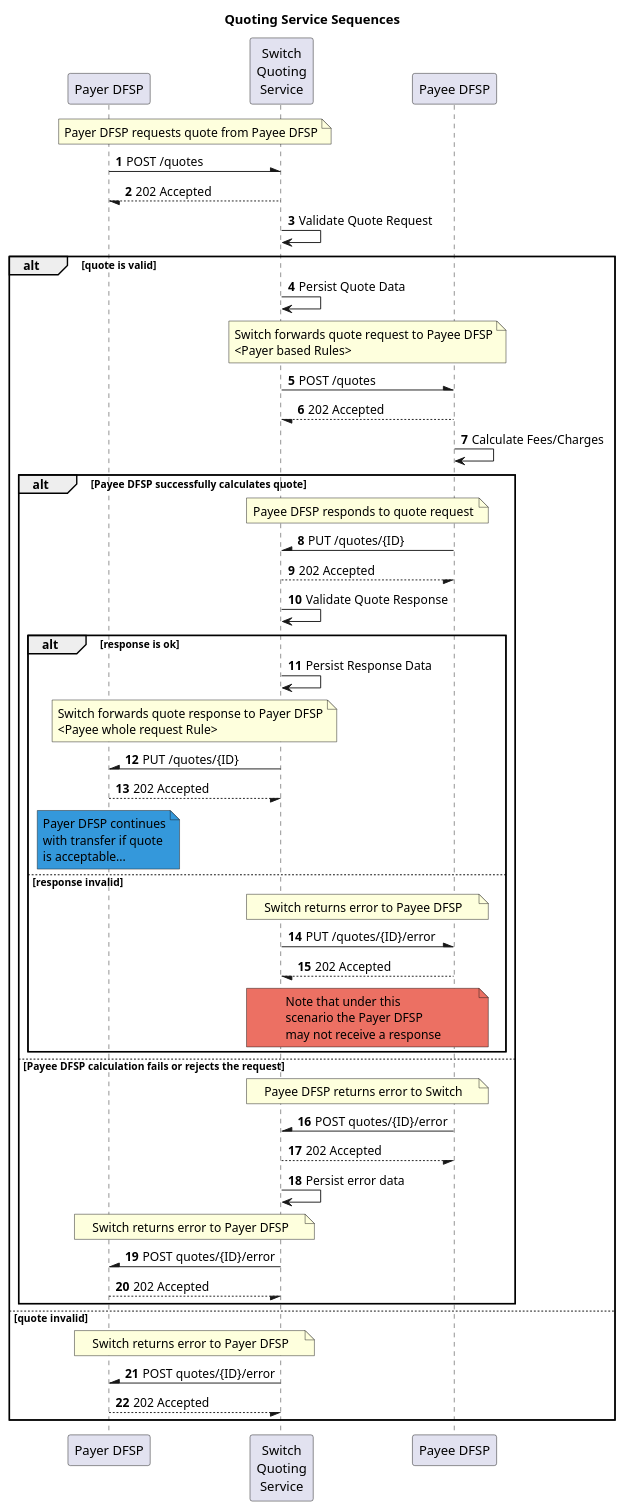
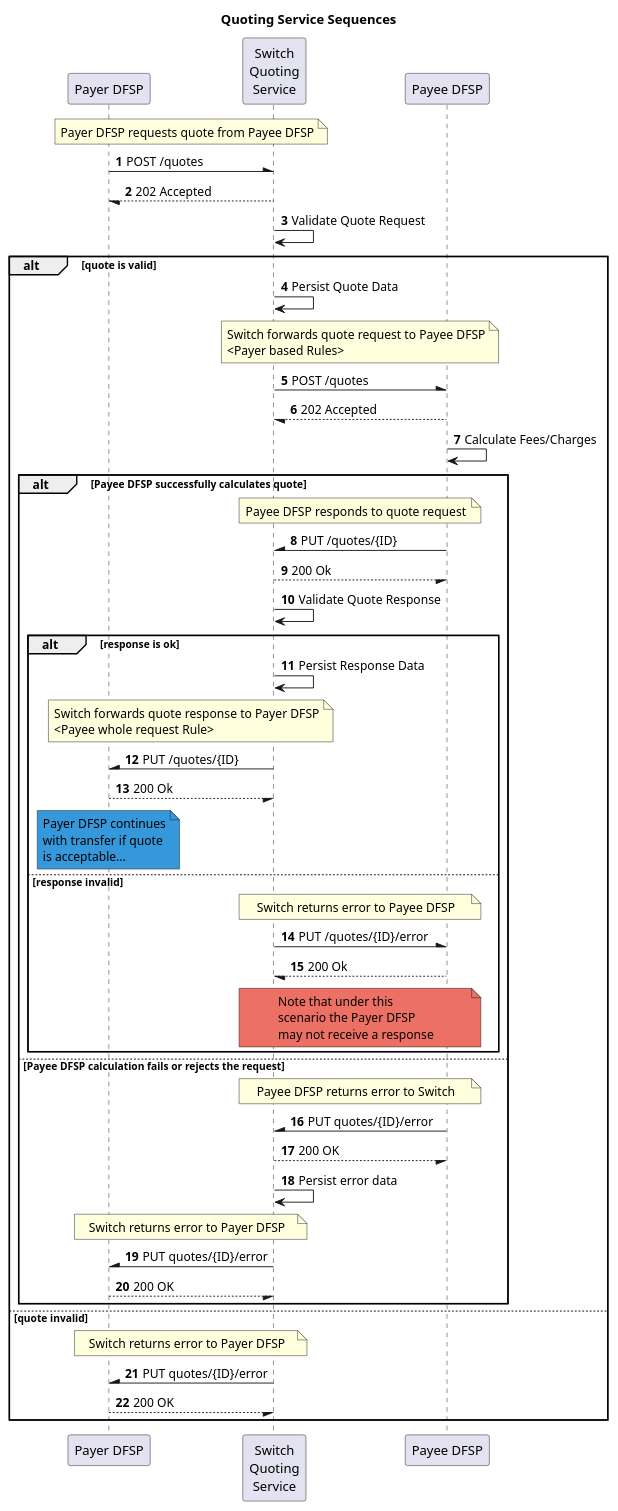
Before and after one commit to mojaloop/documentation: the diagram in mojaloop-technical-overview/quoting-service/assets/diagrams/sequence/seq-quotes-1.0.0.plantuml, drawn with PlantUML. The commit also changed 318 other files, not shown here.

```diff
--- a/mojaloop-technical-overview/quoting-service/assets/diagrams/sequence/seq-quotes-1.0.0.plantuml
+++ b/mojaloop-technical-overview/quoting-service/assets/diagrams/sequence/seq-quotes-1.0.0.plantuml
@@ -1,66 +1,68 @@
 @startuml
 Title Quoting Service Sequences
 participant "Payer DFSP"
 participant "Switch\nQuoting\nService" as Switch
 participant "Payee DFSP"
 
 autonumber
 note over "Payer DFSP", Switch: Payer DFSP requests quote from Payee DFSP
 "Payer DFSP" -\ Switch: POST /quotes
 Switch --/ "Payer DFSP": 202 Accepted
 Switch -> Switch: Validate Quote Request
+
 alt quote is valid
+    
     Switch -> Switch: Persist Quote Data
     note over Switch, "Payee DFSP": Switch forwards quote request to Payee DFSP\n<Payer based Rules> 
     Switch -\ "Payee DFSP": POST /quotes
     "Payee DFSP" --/ Switch: 202 Accepted
     "Payee DFSP" -> "Payee DFSP": Calculate Fees/Charges
     
     alt Payee DFSP successfully calculates quote
     
         note over "Payee DFSP", Switch: Payee DFSP responds to quote request
         "Payee DFSP" -\ Switch: PUT /quotes/{ID}
-        Switch --/ "Payee DFSP": 202 Accepted
+        Switch --/ "Payee DFSP": 200 Ok
         
         Switch -> Switch: Validate Quote Response
         
         alt response is ok
         
             Switch -> Switch: Persist Response Data
             
             note over Switch, "Payer DFSP": Switch forwards quote response to Payer DFSP\n<Payee \ whole request Rule>
             
             Switch -\ "Payer DFSP": PUT /quotes/{ID}
-            "Payer DFSP" --/ Switch: 202 Accepted
+            "Payer DFSP" --/ Switch: 200 Ok
             
             note over "Payer DFSP" #3498db: Payer DFSP continues\nwith transfer if quote\nis acceptable...
         else response invalid
         
             note over Switch, "Payee DFSP": Switch returns error to Payee DFSP
         
             Switch -\ "Payee DFSP": PUT /quotes/{ID}/error
-            "Payee DFSP" --/ Switch : 202 Accepted
+            "Payee DFSP" --/ Switch : 200 Ok
             
             note over Switch, "Payee DFSP" #ec7063: Note that under this\nscenario the Payer DFSP\nmay not receive a response
         
         end
     else Payee DFSP calculation fails or rejects the request
     
         note over "Payee DFSP", Switch: Payee DFSP returns error to Switch
     
-        "Payee DFSP" -\ Switch: POST quotes/{ID}/error
-        Switch --/ "Payee DFSP": 202 Accepted
+        "Payee DFSP" -\ Switch: PUT quotes/{ID}/error
+        Switch --/ "Payee DFSP": 200 OK
         Switch -> Switch: Persist error data
         
         note over "Payer DFSP", Switch: Switch returns error to Payer DFSP
         
-        Switch -\ "Payer DFSP": POST quotes/{ID}/error
-        "Payer DFSP" --/ Switch: 202 Accepted
+        Switch -\ "Payer DFSP": PUT quotes/{ID}/error
+        "Payer DFSP" --/ Switch: 200 OK
     
     end
 else quote invalid
     note over "Payer DFSP", Switch: Switch returns error to Payer DFSP
-    Switch -\ "Payer DFSP": POST quotes/{ID}/error
-    "Payer DFSP" --/ Switch: 202 Accepted
+    Switch -\ "Payer DFSP": PUT quotes/{ID}/error
+    "Payer DFSP" --/ Switch: 200 OK
 end
 @enduml
```
